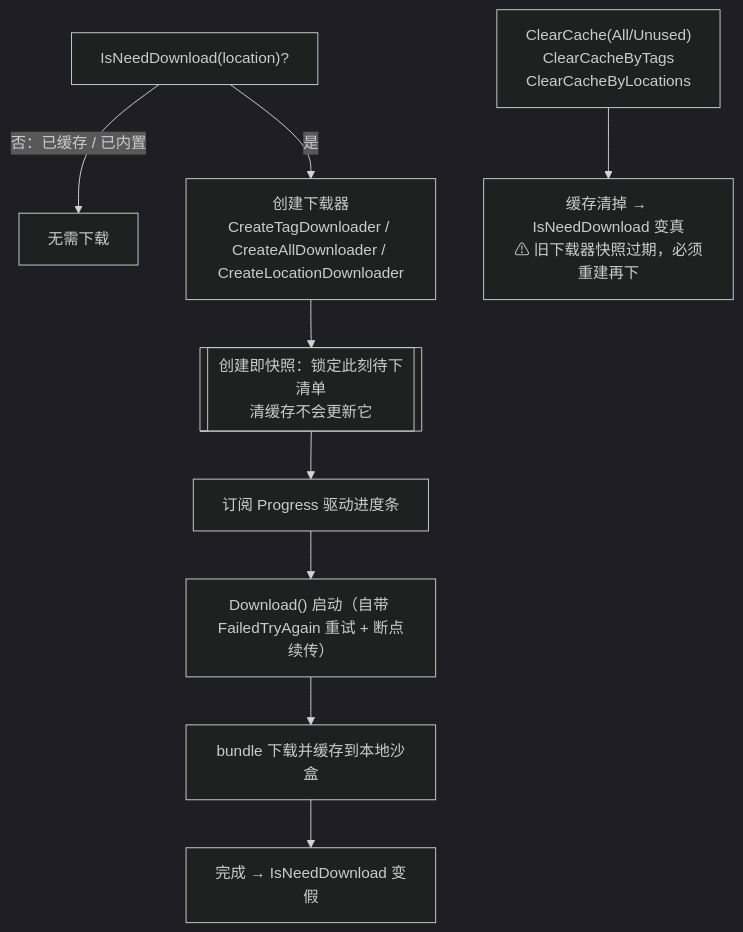
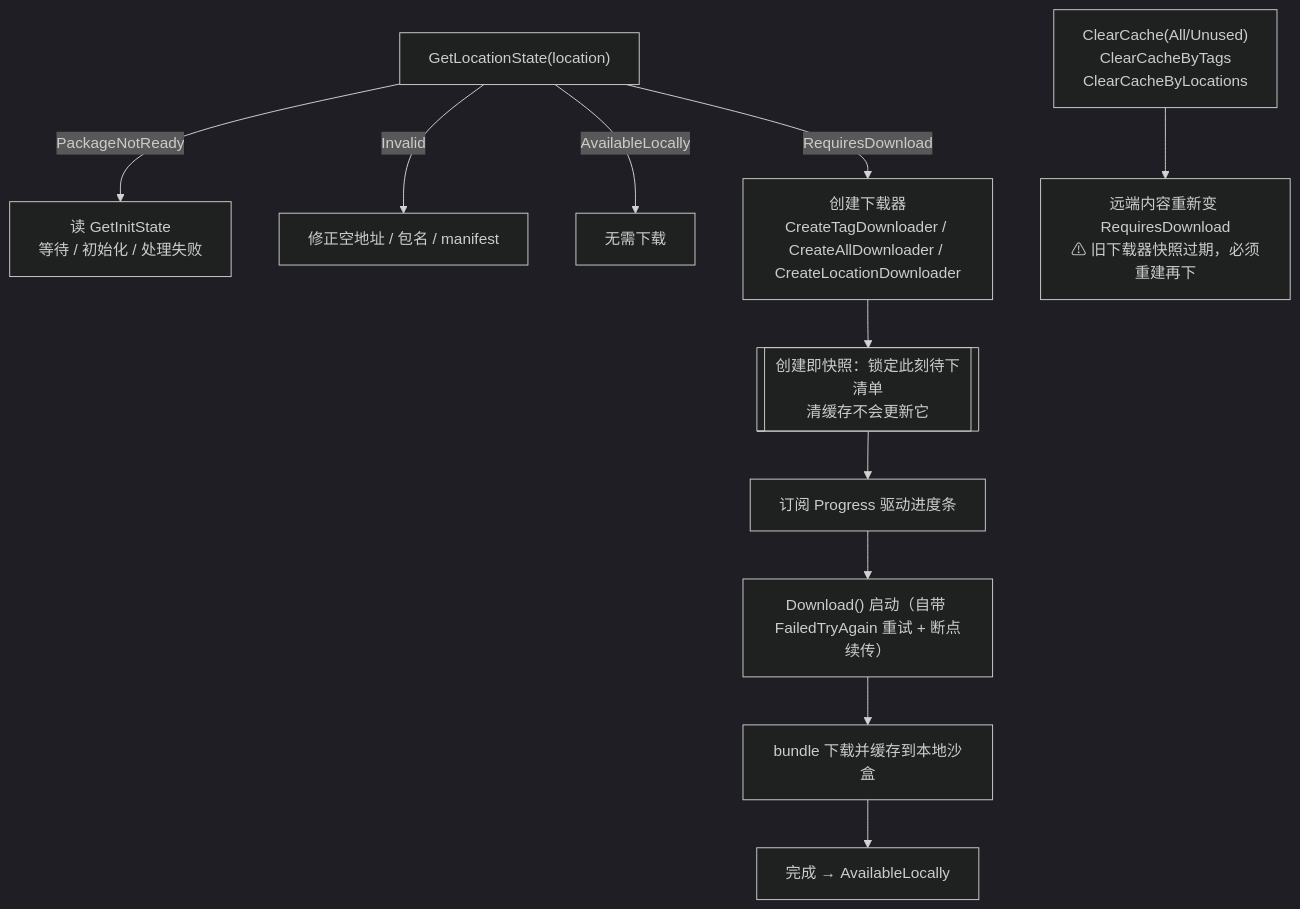
Before and after one commit to heroliss/SSFramework: the fourth of 5 diagrams in docs/asset-system-flow.md, drawn with Mermaid (dark theme). The commit also changed other lines of this file and 18 other files, not shown here.

````diff
--- a/docs/asset-system-flow.md
+++ b/docs/asset-system-flow.md
@@ -125,11 +125,13 @@
 ```mermaid
 flowchart TD
-    Q["IsNeedDownload(location)?"] -->|否：已缓存 / 已内置| Skip["无需下载"]
-    Q -->|是| C["创建下载器<br/>CreateTagDownloader / CreateAllDownloader / CreateLocationDownloader"]
+    Q["GetLocationState(location)"] -->|PackageNotReady| Wait["读 GetInitState<br/>等待 / 初始化 / 处理失败"]
+    Q -->|Invalid| Fix["修正空地址 / 包名 / manifest"]
+    Q -->|AvailableLocally| Skip["无需下载"]
+    Q -->|RequiresDownload| C["创建下载器<br/>CreateTagDownloader / CreateAllDownloader / CreateLocationDownloader"]
     C --> S[["创建即快照：锁定此刻待下清单<br/>清缓存不会更新它"]]
     S --> P["订阅 Progress 驱动进度条"]
     P --> D["Download() 启动（自带 FailedTryAgain 重试 + 断点续传）"]
     D --> Cache["bundle 下载并缓存到本地沙盒"]
-    Cache --> Done["完成 → IsNeedDownload 变假"]
-    Clr["ClearCache(All/Unused)<br/>ClearCacheByTags<br/>ClearCacheByLocations"] --> Inv["缓存清掉 → IsNeedDownload 变真<br/>⚠ 旧下载器快照过期，必须重建再下"]
+    Cache --> Done["完成 → AvailableLocally"]
+    Clr["ClearCache(All/Unused)<br/>ClearCacheByTags<br/>ClearCacheByLocations"] --> Inv["远端内容重新变 RequiresDownload<br/>⚠ 旧下载器快照过期，必须重建再下"]
 ```
````
